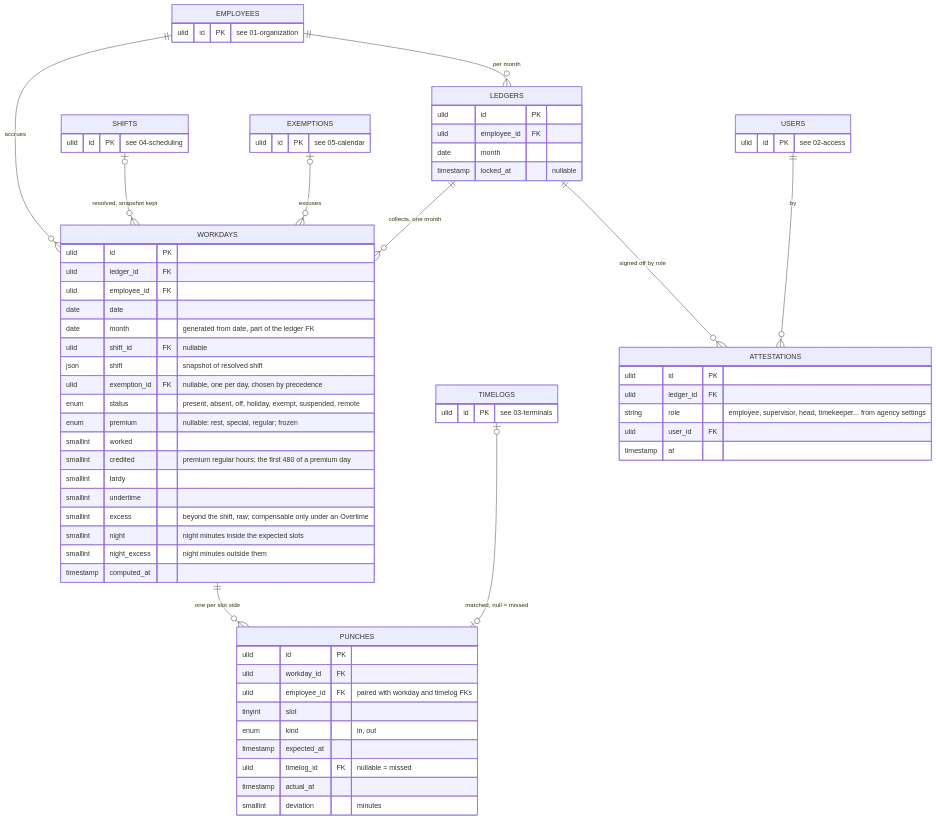
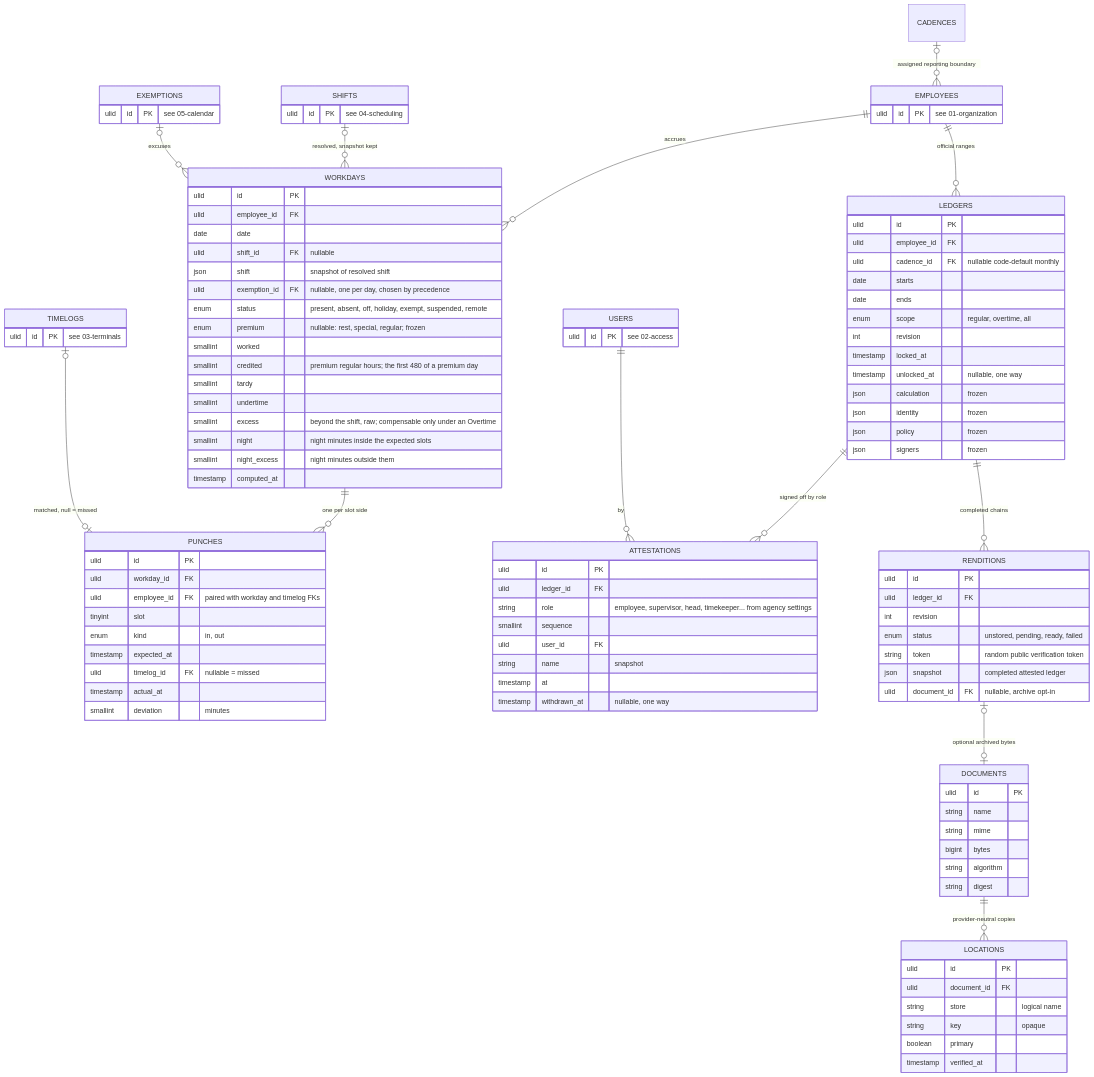
The diagram in docs/design/06-attendance.md (joowdx/khronoz), drawn with Mermaid before and after one commit. The commit also changed other lines of this file and 4 other files, not shown here.

```diff
--- a/docs/design/06-attendance.md
+++ b/docs/design/06-attendance.md
@@ -7,17 +7,18 @@
     EXEMPTIONS |o--o{ WORKDAYS : "excuses"
     WORKDAYS   ||--o{ PUNCHES  : "one per slot side"
     TIMELOGS   |o--o| PUNCHES  : "matched, null = missed"
-    EMPLOYEES  ||--o{ LEDGERS  : "per month"
-    LEDGERS    ||--o{ WORKDAYS : "collects, one month"
+    CADENCES   |o--o{ EMPLOYEES : "assigned reporting boundary"
+    EMPLOYEES  ||--o{ LEDGERS  : "official ranges"
     LEDGERS    ||--o{ ATTESTATIONS : "signed off by role"
+    LEDGERS    ||--o{ RENDITIONS : "completed chains"
+    RENDITIONS |o--o| DOCUMENTS : "optional archived bytes"
+    DOCUMENTS  ||--o{ LOCATIONS : "provider-neutral copies"
     USERS      ||--o{ ATTESTATIONS : "by"
 
     WORKDAYS {
         ulid id PK
-        ulid ledger_id FK
         ulid employee_id FK
         date date
-        date month "generated from date, part of the ledger FK"
         ulid shift_id FK "nullable"
         json shift "snapshot of resolved shift"
         ulid exemption_id FK "nullable, one per day, chosen by precedence"
@@ -46,15 +47,52 @@
     LEDGERS {
         ulid id PK
         ulid employee_id FK
-        date month
-        timestamp locked_at "nullable"
+        ulid cadence_id FK "nullable code-default monthly"
+        date starts
+        date ends
+        enum scope "regular, overtime, all"
+        int revision
+        timestamp locked_at
+        timestamp unlocked_at "nullable, one way"
+        json calculation "frozen"
+        json identity "frozen"
+        json policy "frozen"
+        json signers "frozen"
     }
     ATTESTATIONS {
         ulid id PK
         ulid ledger_id FK
         string role "employee, supervisor, head, timekeeper... from agency settings"
+        smallint sequence
         ulid user_id FK
+        string name "snapshot"
         timestamp at
+        timestamp withdrawn_at "nullable, one way"
+    }
+    RENDITIONS {
+        ulid id PK
+        ulid ledger_id FK
+        int revision
+        enum status "unstored, pending, ready, failed"
+        string token "random public verification token"
+        json snapshot "completed attested ledger"
+        ulid document_id FK "nullable, archive opt-in"
+    }
+    DOCUMENTS {
+        ulid id PK
+        string name
+        string mime
+        bigint bytes
+        string algorithm
+        string digest
+    }
+    LOCATIONS {
+        ulid id PK
+        ulid document_id FK
+        string store "logical name"
+        string key "opaque"
+        boolean primary
+        timestamp verified_at
     }
     USERS {
         ulid id PK "see 02-access"
```
